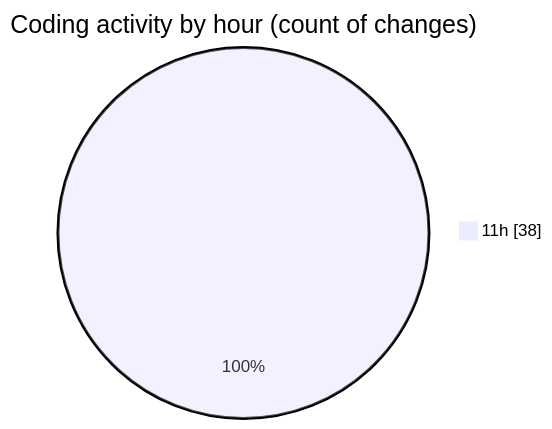
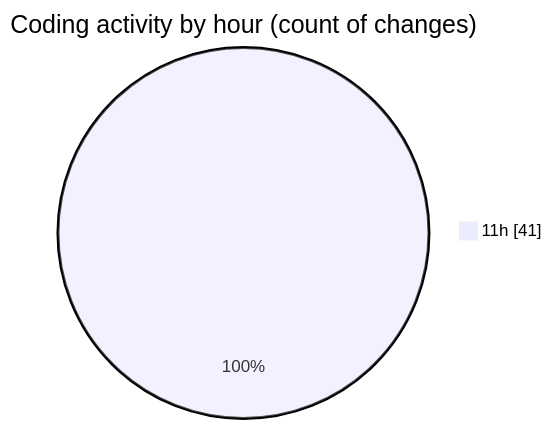
Before and after one commit to nxtqubesakshisongat/code-tracking: the second of 2 diagrams in 2026-06-23/nxtqube_webapp/README.md, drawn with Mermaid. The commit also changed other lines of this file and 1 other file, not shown here.

````diff
--- a/2026-06-23/nxtqube_webapp/README.md
+++ b/2026-06-23/nxtqube_webapp/README.md
@@ -28,5 +28,5 @@
 ```mermaid
 pie showData
 title Coding activity by hour (count of changes)
-"11h" : 38
+"11h" : 41
 ```
````
